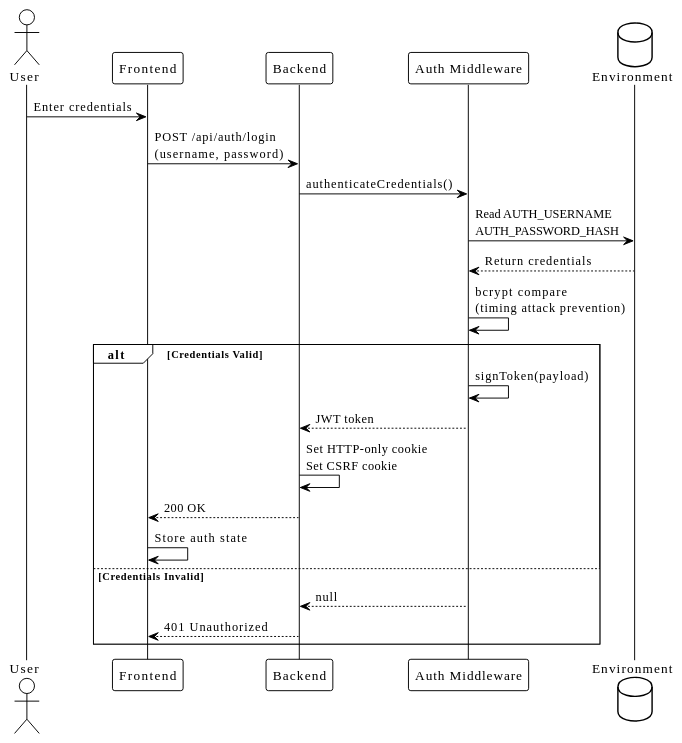
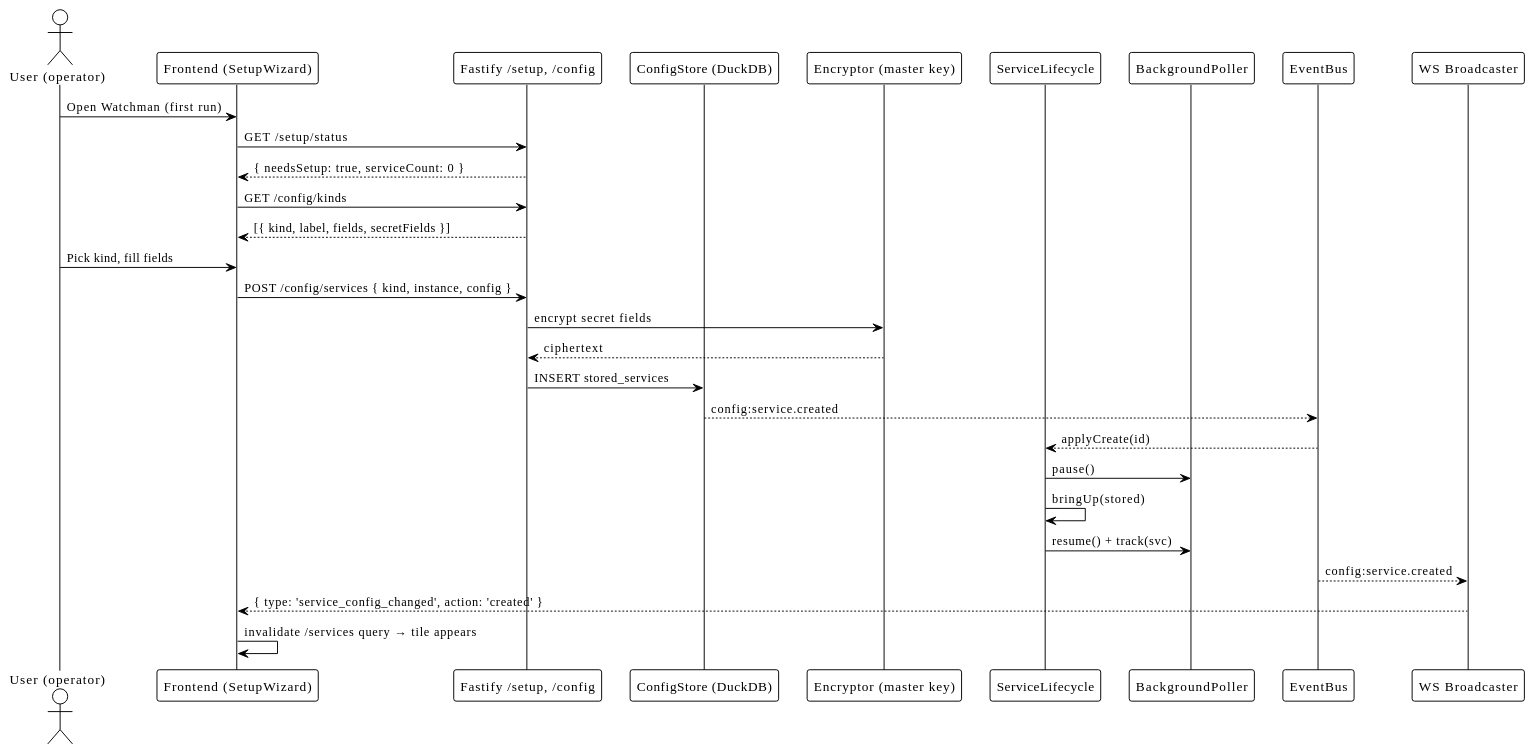
One commit to EraPartner/Watchman changed the first of 4 diagrams in docs/architecture/data-flow.md. Above: the diagram before and after it, drawn with PlantUML. The commit also changed other lines of this file and 9 other files, not shown here.

First line of the commit message:
docs: align KB with ADR-017 (no auth) and add interactive flow visualizer

````diff
--- a/docs/architecture/data-flow.md
+++ b/docs/architecture/data-flow.md
@@ -147,28 +153,34 @@
 ```plantuml
 @startuml
 !theme plain
 
-actor "User" as User
-participant "Frontend" as FE
-participant "Backend" as BE
-participant "Auth Middleware" as Auth
-database "Environment" as Env
+actor "User (operator)" as User
+participant "Frontend (SetupWizard)" as FE
+participant "Fastify /setup, /config" as API
+participant "ConfigStore (DuckDB)" as Store
+participant "Encryptor (master key)" as Enc
+participant "ServiceLifecycle" as Life
+participant "BackgroundPoller" as Poll
+participant "EventBus" as Bus
+participant "WS Broadcaster" as WS
 
-User -> FE : Enter credentials
-FE -> BE : POST /api/auth/login\n(username, password)
-BE -> Auth : authenticateCredentials()
-Auth -> Env : Read AUTH_USERNAME\nAUTH_PASSWORD_HASH
-Env --> Auth : Return credentials
-Auth -> Auth : bcrypt compare\n(timing attack prevention)
-alt Credentials Valid
-    Auth -> Auth : signToken(payload)
-    Auth --> BE : JWT token
-    BE -> BE : Set HTTP-only cookie\nSet CSRF cookie
-    BE --> FE : 200 OK
-    FE -> FE : Store auth state
-else Credentials Invalid
-    Auth --> BE : null
-    BE --> FE : 401 Unauthorized
-end
+User -> FE : Open Watchman (first run)
+FE -> API : GET /setup/status
+API --> FE : { needsSetup: true, serviceCount: 0 }
+FE -> API : GET /config/kinds
+API --> FE : [{ kind, label, fields, secretFields }]
+User -> FE : Pick kind, fill fields
+FE -> API : POST /config/services { kind, instance, config }
+API -> Enc : encrypt secret fields
+Enc --> API : ciphertext
+API -> Store : INSERT stored_services
+Store --> Bus : config:service.created
+Bus --> Life : applyCreate(id)
+Life -> Poll : pause()
+Life -> Life : bringUp(stored)
+Life -> Poll : resume() + track(svc)
+Bus --> WS : config:service.created
+WS --> FE : { type: 'service_config_changed', action: 'created' }
+FE -> FE : invalidate /services query → tile appears
 @enduml
 ```
````
